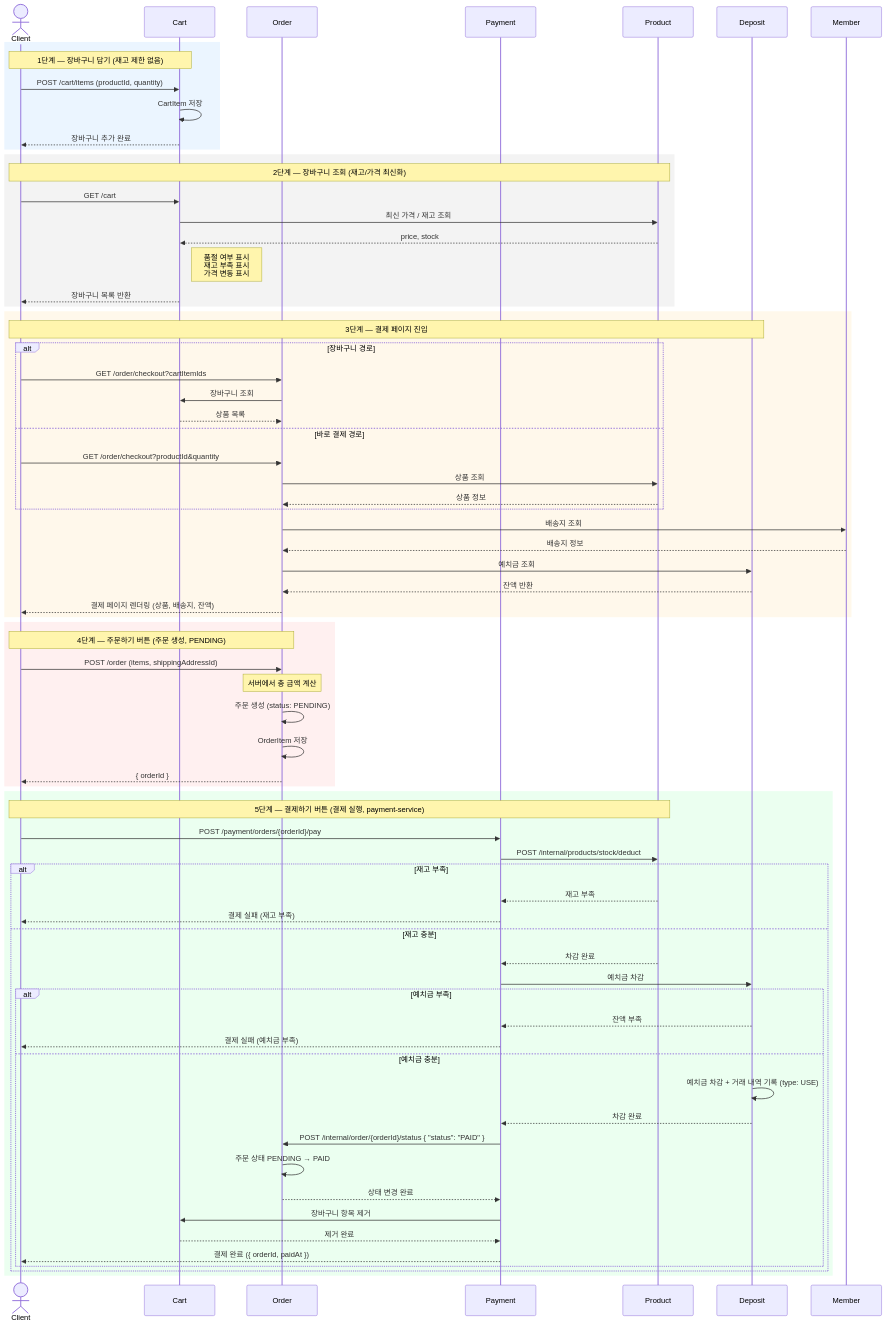
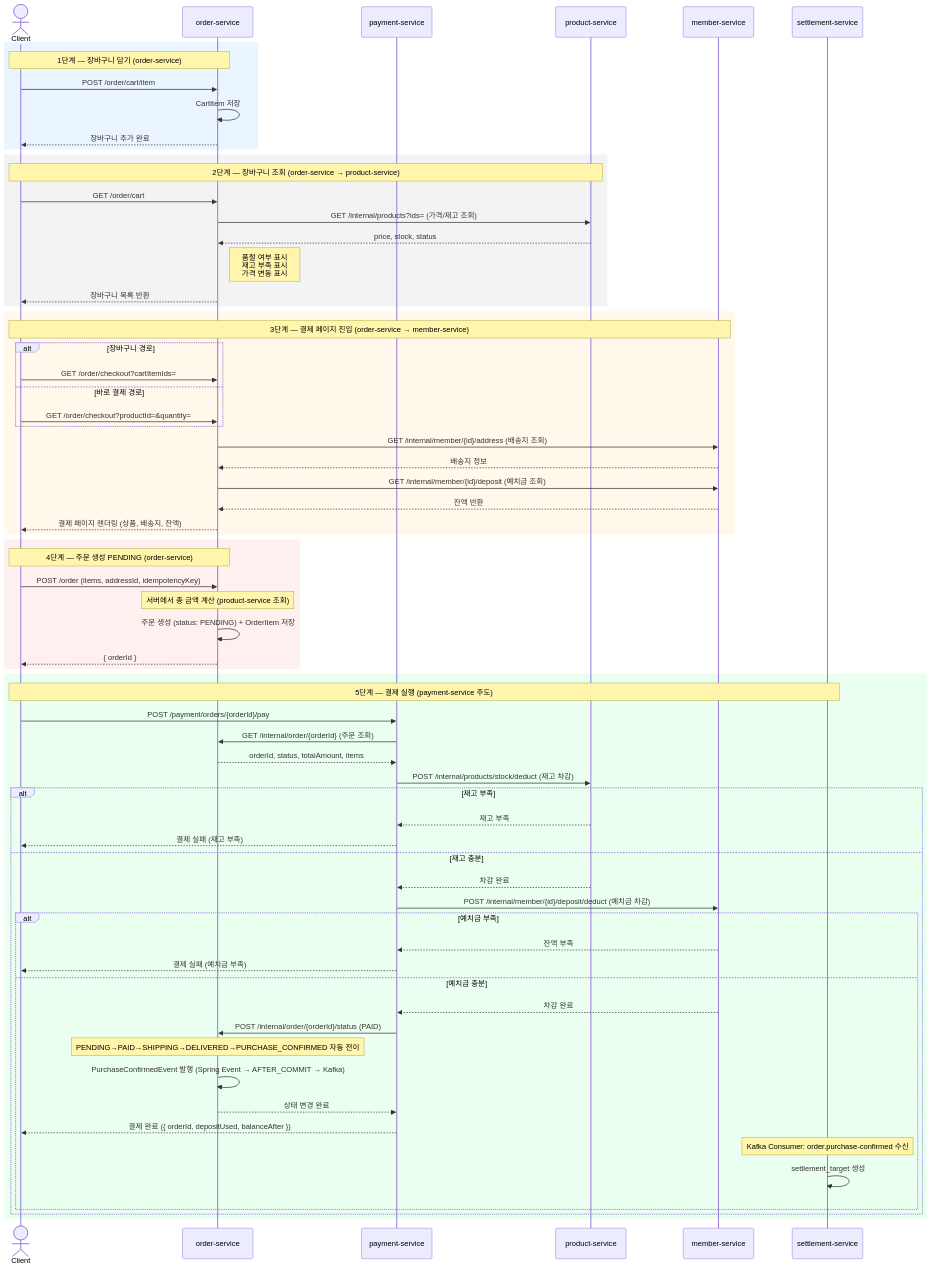
Before and after one commit to prgrms-be-adv-devcourse/beadv5_5_404_Not_Found_BE: the first of 3 diagrams in docs/OrderPaymentFlow.md, drawn with Mermaid. The commit also changed other lines of this file and 17 other files, not shown here.

````diff
--- a/docs/OrderPaymentFlow.md
+++ b/docs/OrderPaymentFlow.md
@@ -32,79 +32,75 @@
 ```mermaid
 sequenceDiagram
     actor Client
-    participant Cart
-    participant Order
-    participant Payment
-    participant Product
-    participant Deposit
-    participant Member
+    participant Order as order-service
+    participant Payment as payment-service
+    participant Product as product-service
+    participant Member as member-service
+    participant Settlement as settlement-service
 
     rect rgb(235, 245, 255)
-        Note over Client,Cart: 1단계 — 장바구니 담기 (재고 제한 없음)
-        Client->>Cart: POST /cart/items (productId, quantity)
-        Cart->>Cart: CartItem 저장
-        Cart-->>Client: 장바구니 추가 완료
+        Note over Client,Order: 1단계 — 장바구니 담기 (order-service)
+        Client->>Order: POST /order/cart/item
+        Order->>Order: CartItem 저장
+        Order-->>Client: 장바구니 추가 완료
     end
 
     rect rgb(243, 243, 243)
-        Note over Client,Product: 2단계 — 장바구니 조회 (재고/가격 최신화)
-        Client->>Cart: GET /cart
-        Cart->>Product: 최신 가격 / 재고 조회
-        Product-->>Cart: price, stock
-        Note right of Cart: 품절 여부 표시<br/>재고 부족 표시<br/>가격 변동 표시
-        Cart-->>Client: 장바구니 목록 반환
+        Note over Client,Product: 2단계 — 장바구니 조회 (order-service → product-service)
+        Client->>Order: GET /order/cart
+        Order->>Product: GET /internal/products?ids= (가격/재고 조회)
+        Product-->>Order: price, stock, status
+        Note right of Order: 품절 여부 표시<br/>재고 부족 표시<br/>가격 변동 표시
+        Order-->>Client: 장바구니 목록 반환
     end
 
     rect rgb(255, 248, 235)
-        Note over Client,Deposit: 3단계 — 결제 페이지 진입
+        Note over Client,Member: 3단계 — 결제 페이지 진입 (order-service → member-service)
         alt 장바구니 경로
-            Client->>Order: GET /order/checkout?cartItemIds
-            Order->>Cart: 장바구니 조회
-            Cart-->>Order: 상품 목록
+            Client->>Order: GET /order/checkout?cartItemIds=
         else 바로 결제 경로
-            Client->>Order: GET /order/checkout?productId&quantity
-            Order->>Product: 상품 조회
-            Product-->>Order: 상품 정보
+            Client->>Order: GET /order/checkout?productId=&quantity=
         end
-        Order->>Member: 배송지 조회
+        Order->>Member: GET /internal/member/{id}/address (배송지 조회)
         Member-->>Order: 배송지 정보
-        Order->>Deposit: 예치금 조회
-        Deposit-->>Order: 잔액 반환
+        Order->>Member: GET /internal/member/{id}/deposit (예치금 조회)
+        Member-->>Order: 잔액 반환
         Order-->>Client: 결제 페이지 렌더링 (상품, 배송지, 잔액)
     end
 
     rect rgb(255, 240, 240)
-        Note over Client,Order: 4단계 — 주문하기 버튼 (주문 생성, PENDING)
-        Client->>Order: POST /order (items, shippingAddressId)
-        Note over Order: 서버에서 총 금액 계산
-        Order->>Order: 주문 생성 (status: PENDING)
-        Order->>Order: OrderItem 저장
+        Note over Client,Order: 4단계 — 주문 생성 PENDING (order-service)
+        Client->>Order: POST /order (items, addressId, idempotencyKey)
+        Note over Order: 서버에서 총 금액 계산 (product-service 조회)
+        Order->>Order: 주문 생성 (status: PENDING) + OrderItem 저장
         Order-->>Client: { orderId }
     end
 
     rect rgb(235, 255, 240)
-        Note over Client,Product: 5단계 — 결제하기 버튼 (결제 실행, payment-service)
+        Note over Client,Settlement: 5단계 — 결제 실행 (payment-service 주도)
         Client->>Payment: POST /payment/orders/{orderId}/pay
-        Payment->>Product: POST /internal/products/stock/deduct
+        Payment->>Order: GET /internal/order/{orderId} (주문 조회)
+        Order-->>Payment: orderId, status, totalAmount, items
+        Payment->>Product: POST /internal/products/stock/deduct (재고 차감)
         alt 재고 부족
             Product-->>Payment: 재고 부족
             Payment-->>Client: 결제 실패 (재고 부족)
         else 재고 충분
             Product-->>Payment: 차감 완료
-            Payment->>Deposit: 예치금 차감
+            Payment->>Member: POST /internal/member/{id}/deposit/deduct (예치금 차감)
             alt 예치금 부족
-                Deposit-->>Payment: 잔액 부족
+                Member-->>Payment: 잔액 부족
                 Payment-->>Client: 결제 실패 (예치금 부족)
             else 예치금 충분
-                Deposit->>Deposit: 예치금 차감 + 거래 내역 기록 (type: USE)
-                Deposit-->>Payment: 차감 완료
-                Payment->>Order: POST /internal/order/{orderId}/status { "status": "PAID" }
-                Order->>Order: 주문 상태 PENDING → PAID
+                Member-->>Payment: 차감 완료
+                Payment->>Order: POST /internal/order/{orderId}/status (PAID)
+                Note over Order: PENDING→PAID→SHIPPING→DELIVERED→PURCHASE_CONFIRMED 자동 전이
+                Order->>Order: PurchaseConfirmedEvent 발행 (Spring Event → AFTER_COMMIT → Kafka)
                 Order-->>Payment: 상태 변경 완료
-                Payment->>Cart: 장바구니 항목 제거
-                Cart-->>Payment: 제거 완료
-                Payment-->>Client: 결제 완료 ({ orderId, paidAt })
+                Payment-->>Client: 결제 완료 ({ orderId, depositUsed, balanceAfter })
+                Note over Settlement: Kafka Consumer: order.purchase-confirmed 수신
+                Settlement->>Settlement: settlement_target 생성
             end
         end
     end
 ```
````
